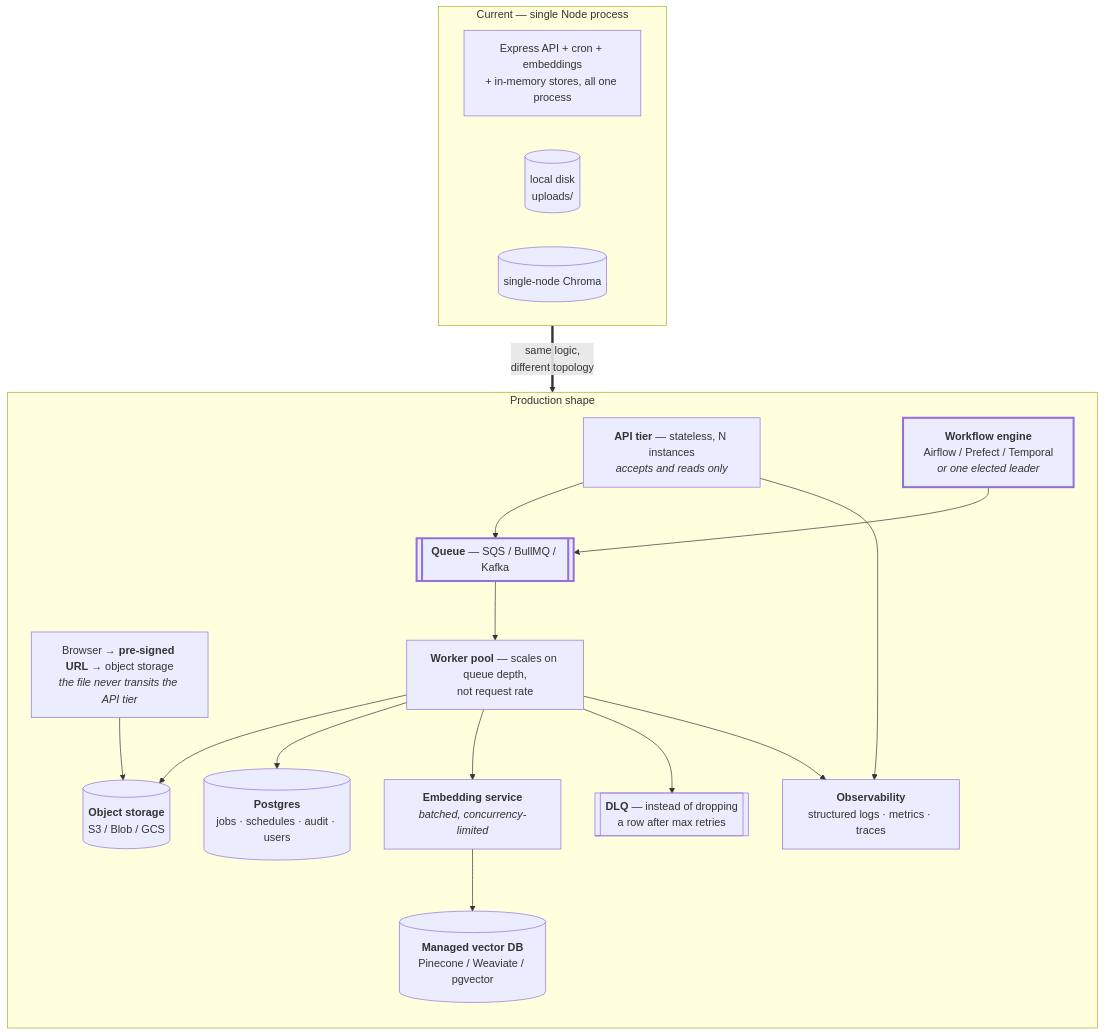
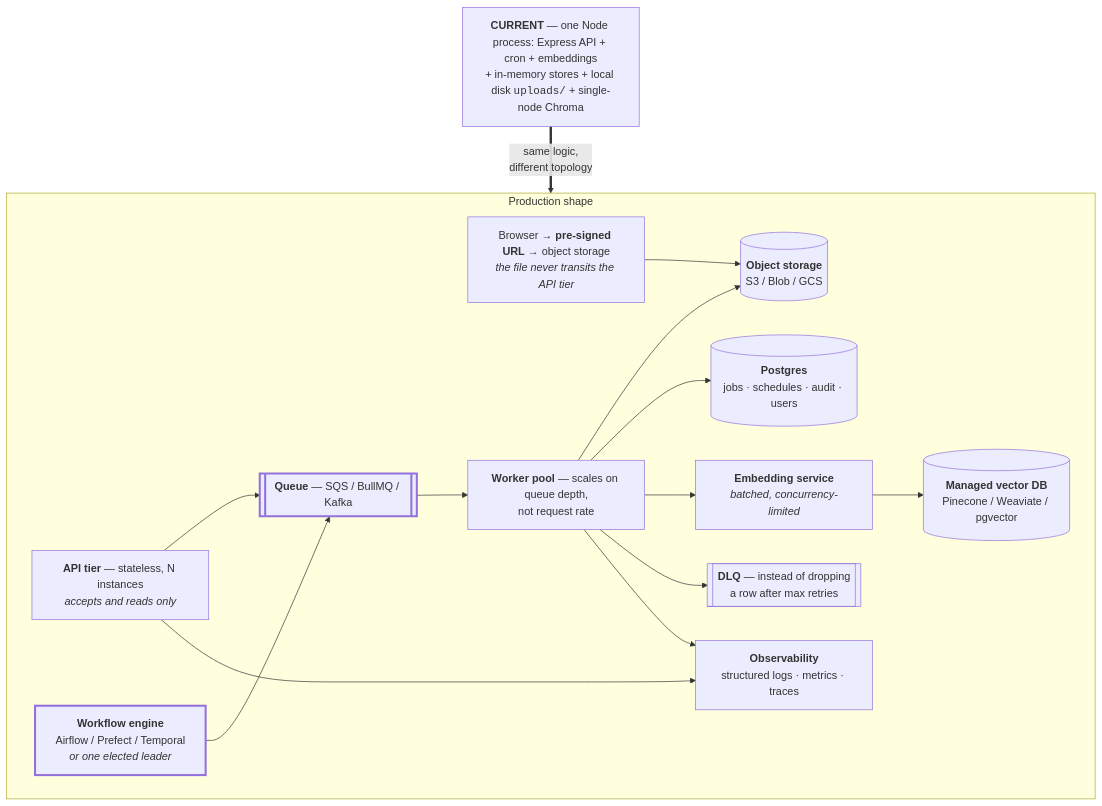
Diagram 12 of 12 in ARCHITECTURE.md (sakshianand/adobe-case-study), drawn with Mermaid before and after one commit. The commit also changed other lines of this file and 1 other file, not shown here.

````diff
--- a/ARCHITECTURE.md
+++ b/ARCHITECTURE.md
@@ -564,38 +621,33 @@
 ```mermaid
 flowchart TB
-    subgraph Now["Current — single Node process"]
-        N1["Express API + cron + embeddings<br/>+ in-memory stores, all one process"]
-        N2[("local disk<br/>uploads/")]
-        N3[("single-node Chroma")]
-    end
+    Now["<b>CURRENT</b> — one Node process: Express API + cron + embeddings<br/>+ in-memory stores + local disk <code>uploads/</code> + single-node Chroma"]
 
     subgraph Prod["Production shape"]
-        direction TB
         P0["Browser → <b>pre-signed URL</b> → object storage<br/><i>the file never transits the API tier</i>"]
         P1["<b>API tier</b> — stateless, N instances<br/><i>accepts and reads only</i>"]
         P2[["<b>Queue</b> — SQS / BullMQ / Kafka"]]
         P3["<b>Worker pool</b> — scales on queue depth,<br/>not request rate"]
         P4[("<b>Postgres</b><br/>jobs · schedules · audit · users")]
         P5[("<b>Object storage</b><br/>S3 / Blob / GCS")]
         P6["<b>Embedding service</b><br/><i>batched, concurrency-limited</i>"]
         P7[("<b>Managed vector DB</b><br/>Pinecone / Weaviate / pgvector")]
         P8["<b>Workflow engine</b><br/>Airflow / Prefect / Temporal<br/><i>or one elected leader</i>"]
         P9[["<b>DLQ</b> — instead of dropping<br/>a row after max retries"]]
         P10["<b>Observability</b><br/>structured logs · metrics · traces"]
 
         P0 --> P5
         P1 --> P2 --> P3
         P3 --> P5
         P3 --> P4
         P3 --> P6 --> P7
         P8 --> P2
         P3 --> P9
         P1 --> P10
         P3 --> P10
     end
 
     Now ==>|"same logic,<br/>different topology"| Prod
 
     style P8 stroke-width:3px
     style P2 stroke-width:3px
 ```
````
